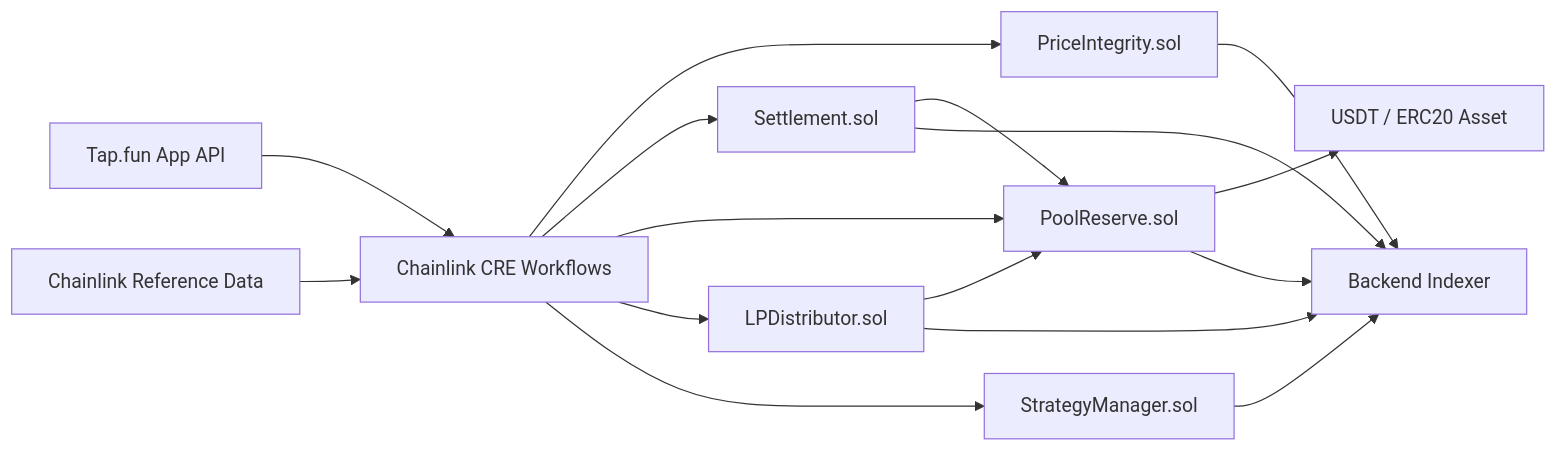
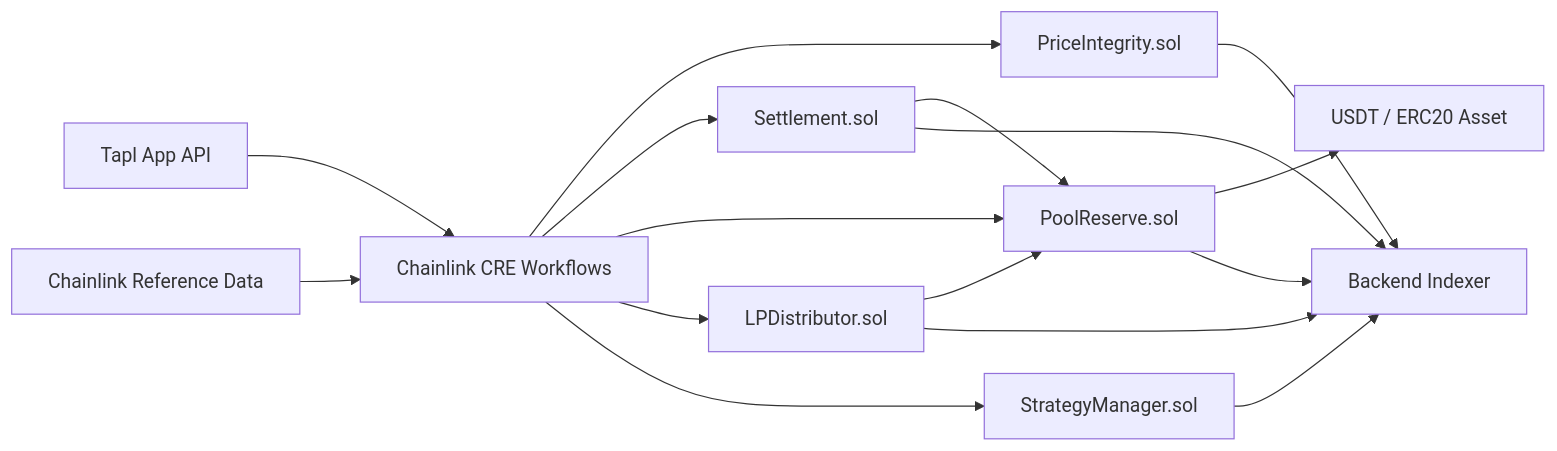
Before and after one commit to tick-x-solana/contracts: the first of 3 diagrams in README.md, drawn with Mermaid. The commit also changed other lines of this file and 27 other files, not shown here.

````diff
--- a/README.md
+++ b/README.md
@@ -41,21 +41,21 @@
 ```mermaid
 flowchart LR
-  A["Tap.fun App API"] --> B["Chainlink CRE Workflows"]
+  A["Tapl App API"] --> B["Chainlink CRE Workflows"]
   C["Chainlink Reference Data"] --> B
 
   B --> D["PriceIntegrity.sol"]
   B --> E["Settlement.sol"]
   B --> F["PoolReserve.sol"]
   B --> G["LPDistributor.sol"]
   B --> H["StrategyManager.sol"]
 
   F --> I["USDT / ERC20 Asset"]
   G --> F
   E --> F
 
   D --> J["Backend Indexer"]
   E --> J
   F --> J
   G --> J
   H --> J
 ```
````
